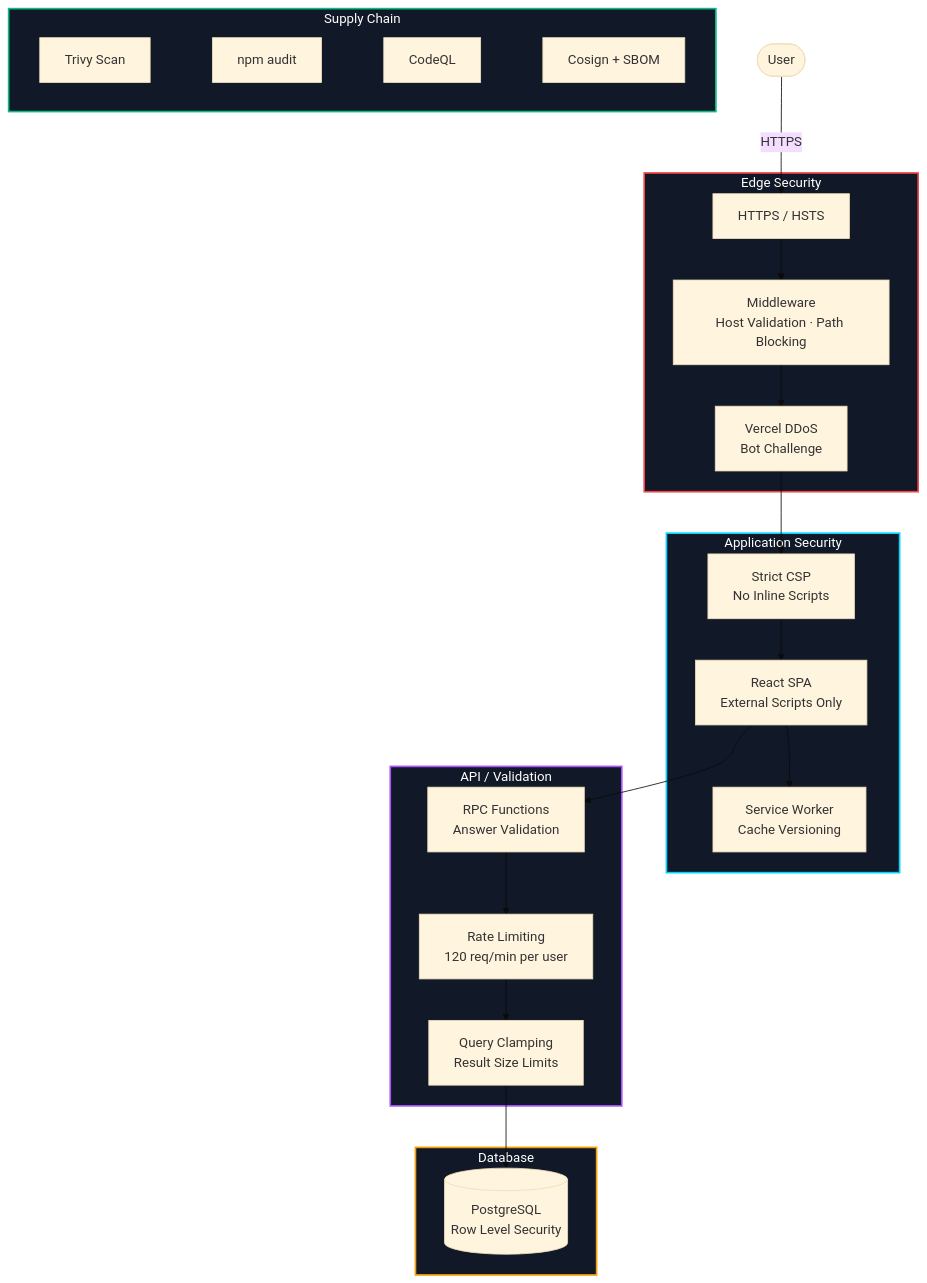
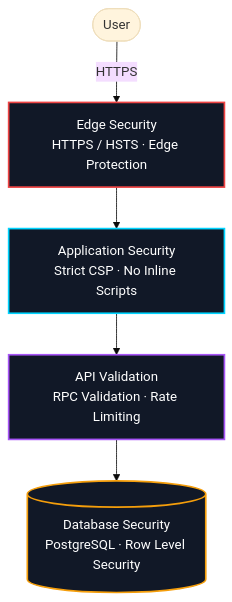
One commit to or-carmeli/KubeQuest changed the third of 3 diagrams in README.md. Above: the diagram before and after it, drawn with Mermaid (base theme).

Commit message:
Simplify Security Model diagram in README to clean 5-node flow

````diff
--- a/README.md
+++ b/README.md
@@ -140,54 +140,18 @@
 ```mermaid
 flowchart TB
     USER([User])
+    EDGE["Edge Security<br/>HTTPS / HSTS · Edge Protection"]
+    APP["Application Security<br/>Strict CSP · No Inline Scripts"]
+    API["API Validation<br/>RPC Validation · Rate Limiting"]
+    DB[("Database Security<br/>PostgreSQL · Row Level Security")]
 
-    subgraph Edge["Edge Security"]
-        TLS["HTTPS / HSTS"]
-        MW["Middleware<br/>Host Validation · Path Blocking"]
-        DDOS["Vercel DDoS<br/>Bot Challenge"]
-    end
+    USER -->|HTTPS| EDGE
+    EDGE --> APP
+    APP --> API
+    API --> DB
 
-    subgraph App["Application Security"]
-        CSP["Strict CSP<br/>No Inline Scripts"]
-        SPA["React SPA<br/>External Scripts Only"]
-        SW["Service Worker<br/>Cache Versioning"]
-    end
-
-    subgraph Validation["API / Validation"]
-        RPC["RPC Functions<br/>Answer Validation"]
-        RATE["Rate Limiting<br/>120 req/min per user"]
-        CLAMP["Query Clamping<br/>Result Size Limits"]
-    end
-
-    subgraph Data["Database"]
-        DB[("PostgreSQL<br/>Row Level Security")]
-    end
-
-    subgraph Supply["Supply Chain"]
-        TRIVY["Trivy Scan"]
-        AUDIT["npm audit"]
-        CODEQL["CodeQL"]
-        COSIGN["Cosign + SBOM"]
-    end
-
-    USER -->|HTTPS| TLS
-    TLS --> MW
-    MW --> DDOS
-    DDOS --> CSP
-    CSP --> SPA
-    SPA --> SW
-    SPA --> RPC
-    RPC --> RATE
-    RATE --> CLAMP
-    CLAMP --> DB
-
-    TRIVY ~~~ AUDIT
-    AUDIT ~~~ CODEQL
-    CODEQL ~~~ COSIGN
-
-    style Edge fill:#111827,stroke:#EF4444,stroke-width:2px,color:#ffffff
-    style App fill:#111827,stroke:#00D4FF,stroke-width:2px,color:#ffffff
-    style Validation fill:#111827,stroke:#A855F7,stroke-width:2px,color:#ffffff
-    style Data fill:#111827,stroke:#F59E0B,stroke-width:2px,color:#ffffff
-    style Supply fill:#111827,stroke:#10B981,stroke-width:2px,color:#ffffff
+    style EDGE fill:#111827,stroke:#EF4444,stroke-width:2px,color:#ffffff
+    style APP fill:#111827,stroke:#00D4FF,stroke-width:2px,color:#ffffff
+    style API fill:#111827,stroke:#A855F7,stroke-width:2px,color:#ffffff
+    style DB fill:#111827,stroke:#F59E0B,stroke-width:2px,color:#ffffff
 ```
````
